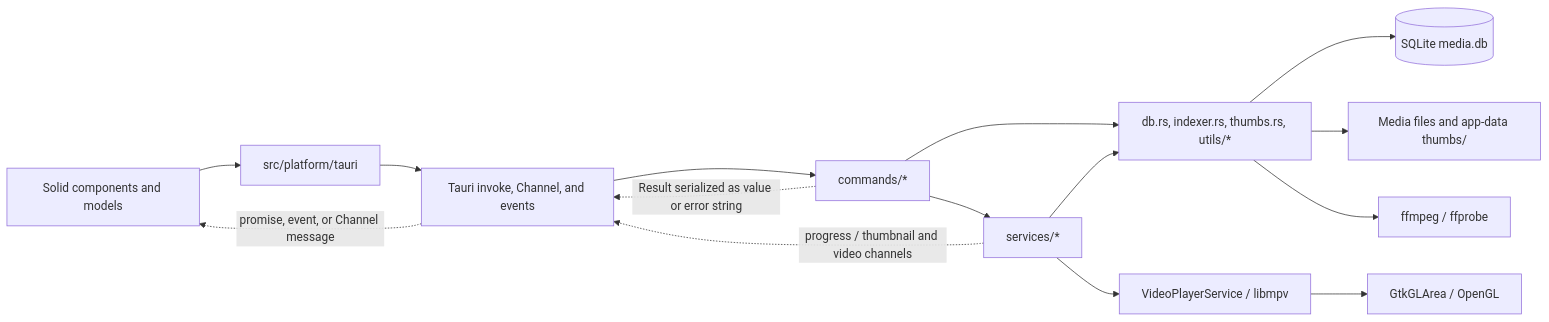
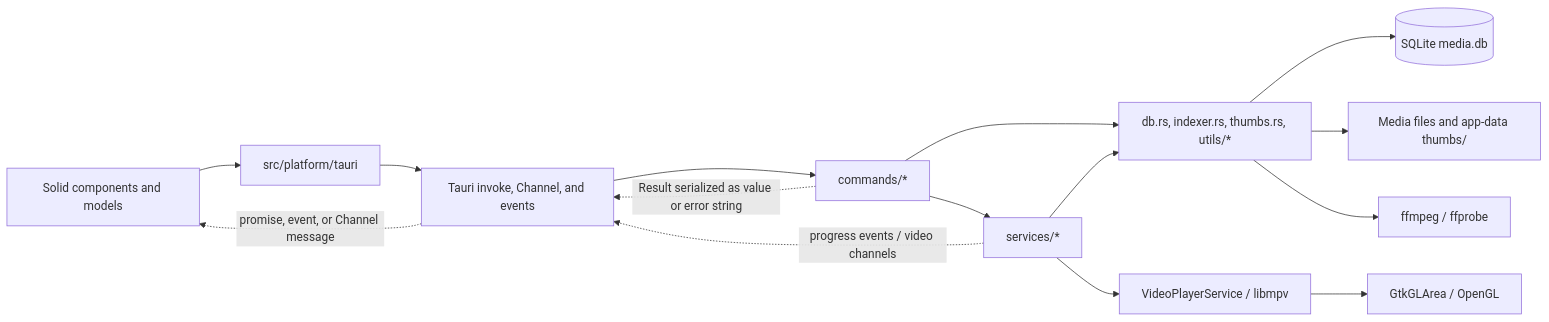
One commit to DawidRoguziak/tagrove changed the first of 2 diagrams in docs/architecture/system-overview.md. Above: the diagram before and after it, drawn with Mermaid. The commit also changed other lines of this file and 15 other files, not shown here.

````diff
--- a/docs/architecture/system-overview.md
+++ b/docs/architecture/system-overview.md
@@ -11,26 +11,26 @@
 ```mermaid
 flowchart LR
     UI["Solid components and models"]
     API["src/platform/tauri"]
     IPC["Tauri invoke, Channel, and events"]
     CMD["commands/*"]
     SVC["services/*"]
     CORE["db.rs, indexer.rs, thumbs.rs, utils/*"]
     DB[("SQLite media.db")]
     FS["Media files and app-data thumbs/"]
     TOOLS["ffmpeg / ffprobe"]
     VIDEO["VideoPlayerService / libmpv"]
     GTK["GtkGLArea / OpenGL"]
 
     UI --> API --> IPC --> CMD
     CMD --> SVC
     CMD --> CORE
     SVC --> CORE
     CORE --> DB
     CORE --> FS
     CORE --> TOOLS
     SVC --> VIDEO --> GTK
     CMD -. "Result serialized as value or error string" .-> IPC
-    SVC -. "progress / thumbnail and video channels" .-> IPC
+    SVC -. "progress events / video channels" .-> IPC
     IPC -. "promise, event, or Channel message" .-> UI
 ```
````
